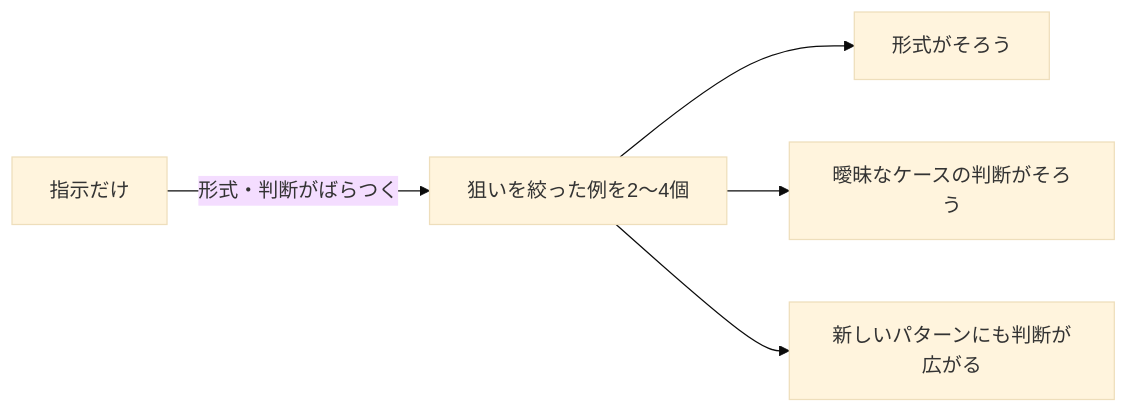
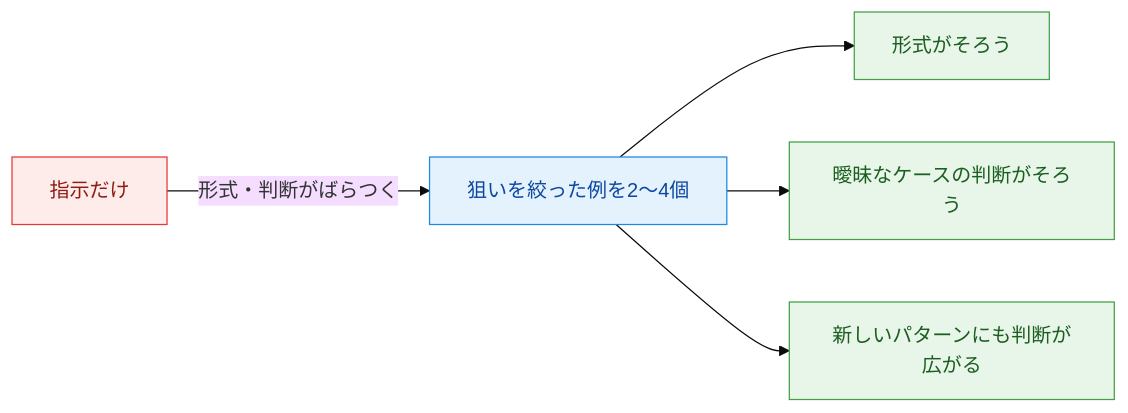
One commit to yuya-take/yuya-exam-notes changed the diagram in ccaf/notes/04-prompt-engineering/few-shot-prompting.md. Above: the diagram before and after it, drawn with Mermaid (base theme). The commit also changed other lines of this file and 50 other files, not shown here.

````diff
--- a/ccaf/notes/04-prompt-engineering/few-shot-prompting.md
+++ b/ccaf/notes/04-prompt-engineering/few-shot-prompting.md
@@ -12,7 +12,13 @@
 ```mermaid
 flowchart LR
   A[指示だけ] -->|形式・判断がばらつく| B[狙いを絞った例を2〜4個]
   B --> C[形式がそろう]
   B --> D[曖昧なケースの判断がそろう]
   B --> E[新しいパターンにも判断が広がる]
+  classDef run fill:#e3f2fd,stroke:#1e88e5,color:#0d47a1
+  classDef done fill:#e8f5e9,stroke:#43a047,color:#1b5e20
+  classDef ng fill:#fdecea,stroke:#e53935,color:#8e1c13
+  class A ng
+  class B run
+  class C,D,E done
 ```
````
